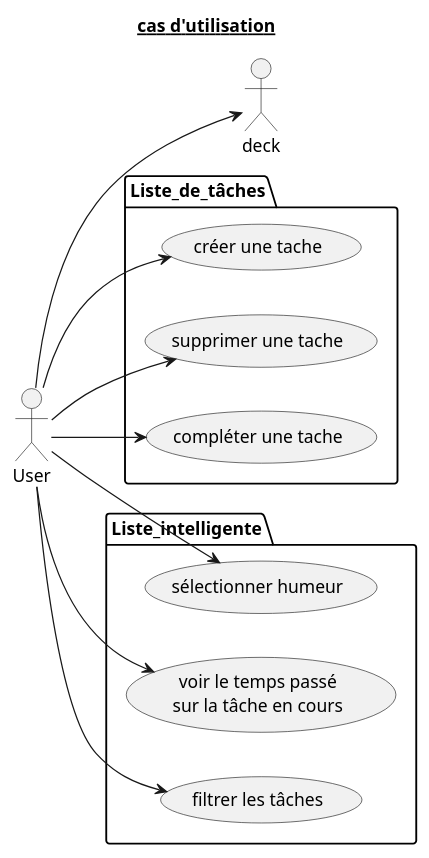
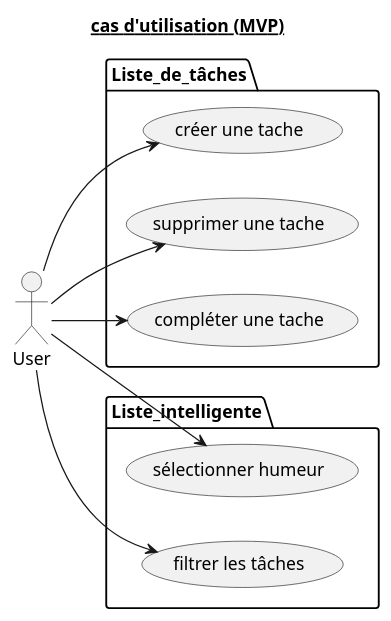
Before and after one commit to Lilianbhr/sprite-task: the diagram in project_structure/use_cases.puml, drawn with PlantUML. The commit also changed 2 other files, not shown here.

Commit message:
- suppression du Timer du MVP  - modification du diagramme de classes  - MAJ de README.md

```diff
--- a/project_structure/use_cases.puml
+++ b/project_structure/use_cases.puml
@@ -1,27 +1,24 @@
 @startuml
 left to right direction
-title __cas d'utilisation__
+title __cas d'utilisation (MVP)__
 
 :User: as U
 
 package Liste_de_tâches {
     (créer une tache) as new
     (supprimer une tache) as remove
     (compléter une tache) as complete
 }
 
 package Liste_intelligente {
     (sélectionner humeur) as select
-    (voir le temps passé\nsur la tâche en cours) as time
     (filtrer les tâches) as filter
 }
 
 U --> new
 U --> remove
 U --> complete
 U --> select
-U --> time
 U --> filter
-U --> deck
 
 @enduml
```
